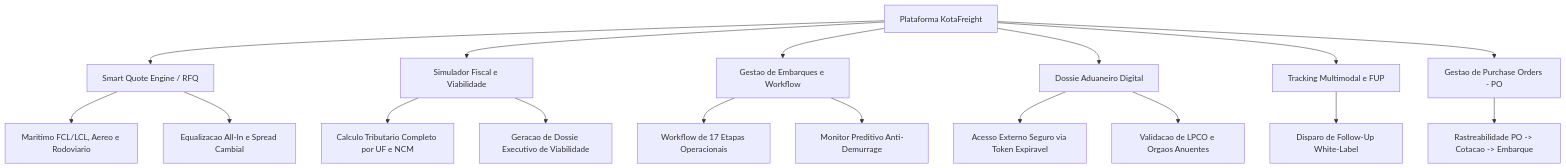
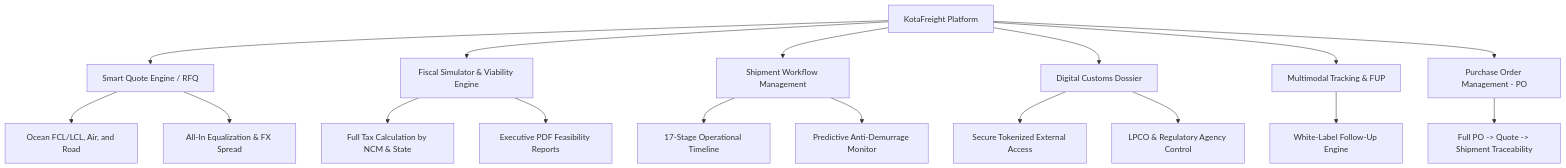
One commit to mateussoliv/KotaFreight---The-intelligence-behind-every-shipment. changed the diagram in README.md. Above: the diagram before and after it, drawn with Mermaid. The commit also changed other lines of this file, not shown here.

````diff
--- a/README.md
+++ b/README.md
@@ -98,20 +114,20 @@
 ```mermaid
 graph TD
-    A[Plataforma KotaFreight] --> B[Smart Quote Engine / RFQ]
-    A --> C[Simulador Fiscal e Viabilidade]
-    A --> D[Gestao de Embarques e Workflow]
-    A --> E[Dossie Aduaneiro Digital]
-    A --> F[Tracking Multimodal e FUP]
-    A --> G[Gestao de Purchase Orders - PO]
+    A[KotaFreight Platform] --> B[Smart Quote Engine / RFQ]
+    A --> C[Fiscal Simulator & Viability Engine]
+    A --> D[Shipment Workflow Management]
+    A --> E[Digital Customs Dossier]
+    A --> F[Multimodal Tracking & FUP]
+    A --> G[Purchase Order Management - PO]
     
-    B --> B1[Maritimo FCL/LCL, Aereo e Rodoviario]
-    B --> B2[Equalizacao All-In e Spread Cambial]
-    C --> C1[Calculo Tributario Completo por UF e NCM]
-    C --> C2[Geracao de Dossie Executivo de Viabilidade]
-    D --> D1[Workflow de 17 Etapas Operacionais]
-    D --> D2[Monitor Preditivo Anti-Demurrage]
-    E --> E1[Acesso Externo Seguro via Token Expiravel]
-    E --> E2[Validacao de LPCO e Orgaos Anuentes]
-    F --> F1[Disparo de Follow-Up White-Label]
-    G --> G1[Rastreabilidade PO -> Cotacao -> Embarque]
+    B --> B1[Ocean FCL/LCL, Air, and Road]
+    B --> B2[All-In Equalization & FX Spread]
+    C --> C1[Full Tax Calculation by NCM & State]
+    C --> C2[Executive PDF Feasibility Reports]
+    D --> D1[17-Stage Operational Timeline]
+    D --> D2[Predictive Anti-Demurrage Monitor]
+    E --> E1[Secure Tokenized External Access]
+    E --> E2[LPCO & Regulatory Agency Control]
+    F --> F1[White-Label Follow-Up Engine]
+    G --> G1[Full PO -> Quote -> Shipment Traceability]
 ```
````
